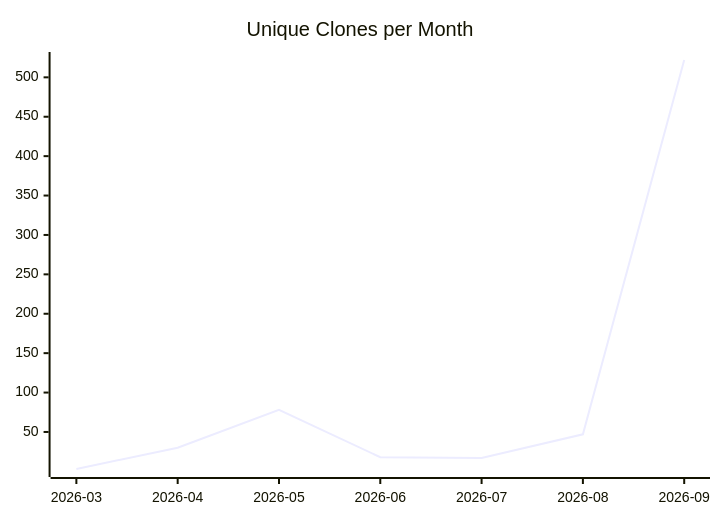
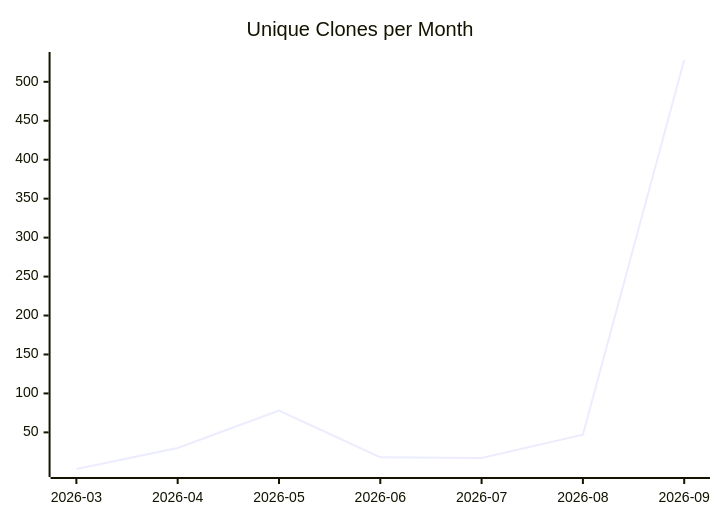
One commit to justdavis-family/github-analytics-data changed the third of 3 diagrams in karlmdavis/justdavis-ansible/README.md. Above: the diagram before and after it, drawn with Mermaid. The commit also changed other lines of this file and 202 other files, not shown here.

````diff
--- a/karlmdavis/justdavis-ansible/README.md
+++ b/karlmdavis/justdavis-ansible/README.md
@@ -19,6 +19,6 @@
 ```mermaid
 xychart-beta
   title "Unique Clones per Month"
   x-axis ["2026-03", "2026-04", "2026-05", "2026-06", "2026-07", "2026-08", "2026-09"]
-  line [3, 30, 78, 18, 17, 47, 522]
+  line [3, 30, 78, 18, 17, 47, 528]
 ```
````
